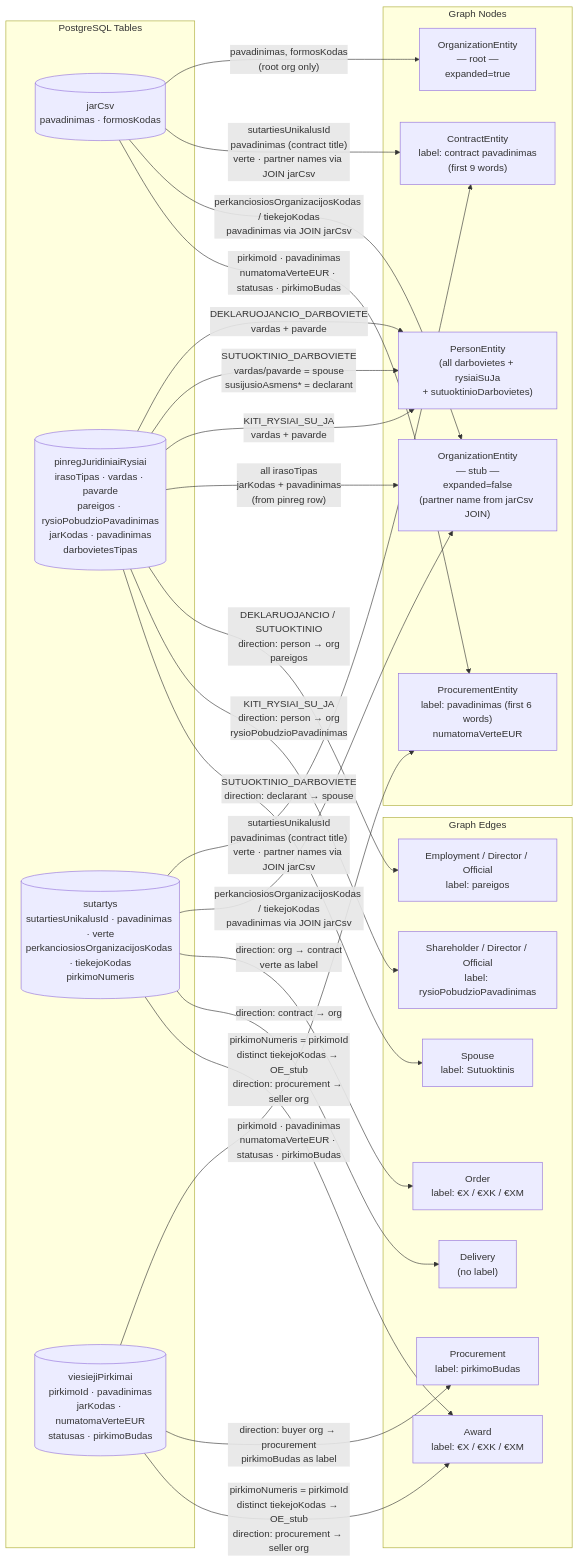
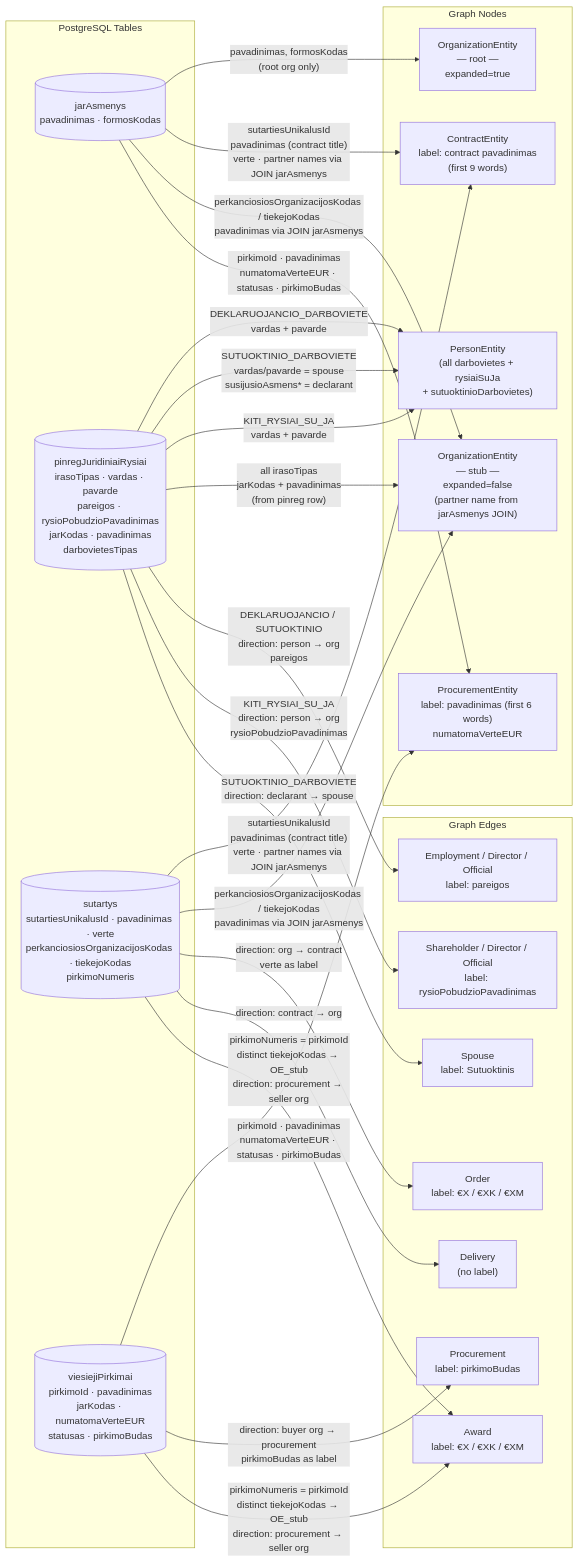
Before and after one commit to Viespirkiu-grupe/viespirkiai: the first of 3 diagrams in docs/rysiai-spec.md, drawn with Mermaid. The commit also changed other lines of this file and 28 other files, not shown here.

Commit message:
JarCsv dekomponavimas, automatizuoti importai iš RC

````diff
--- a/docs/rysiai-spec.md
+++ b/docs/rysiai-spec.md
@@ -144,43 +144,43 @@
 ```mermaid
 flowchart LR
     subgraph DB["PostgreSQL Tables"]
-        JC[("jarCsv\npavadinimas · formosKodas")]
+        JC[("jarAsmenys\npavadinimas · formosKodas")]
         PR[("pinregJuridiniaiRysiai\nirasoTipas · vardas · pavarde\npareigos · rysioPobudzioPavadinimas\njarKodas · pavadinimas\ndarbovietesTipas")]
         ST[("sutartys\nsutartiesUnikalusId · pavadinimas · verte\nperkanciosiosOrganizacijosKodas · tiekejoKodas\npirkimoNumeris")]
         VP[("viesiejiPirkimai\npirkimoId · pavadinimas\njarKodas · numatomaVerteEUR\nstatusas · pirkimoBudas")]
     end
 
     subgraph GN["Graph Nodes"]
         OE_root["OrganizationEntity\n— root —\nexpanded=true"]
-        OE_stub["OrganizationEntity\n— stub —\nexpanded=false\n(partner name from jarCsv JOIN)"]
+        OE_stub["OrganizationEntity\n— stub —\nexpanded=false\n(partner name from jarAsmenys JOIN)"]
         PE["PersonEntity\n(all darbovietes + rysiaiSuJa\n+ sutuoktinioDarbovietes)"]
         CE["ContractEntity\nlabel: contract pavadinimas\n(first 9 words)"]
         VPE["ProcurementEntity\nlabel: pavadinimas (first 6 words)\nnumatomaVerteEUR"]
     end
 
     subgraph GE["Graph Edges"]
         E1["Employment / Director / Official\nlabel: pareigos"]
         E2["Shareholder / Director / Official\nlabel: rysioPobudzioPavadinimas"]
         E3["Spouse\nlabel: Sutuoktinis"]
         E4["Order\nlabel: €X / €XK / €XM"]
         E5["Delivery\n(no label)"]
         E6["Procurement\nlabel: pirkimoBudas"]
         E7["Award\nlabel: €X / €XK / €XM"]
     end
 
     JC -->|" pavadinimas, formosKodas\n(root org only) "| OE_root
     PR -->|" DEKLARUOJANCIO_DARBOVIETE\nvardas + pavarde "| PE
     PR -->|" SUTUOKTINIO_DARBOVIETE\nvardas/pavarde = spouse\nsusijusioAsmens* = declarant "| PE
     PR -->|" KITI_RYSIAI_SU_JA\nvardas + pavarde "| PE
     PR -->|" all irasoTipas\njarKodas + pavadinimas\n(from pinreg row) "| OE_stub
     PR -->|" DEKLARUOJANCIO / SUTUOKTINIO\ndirection: person → org\npareigos "| E1
     PR -->|" KITI_RYSIAI_SU_JA\ndirection: person → org\nrysioPobudzioPavadinimas "| E2
     PR -->|" SUTUOKTINIO_DARBOVIETE\ndirection: declarant → spouse "| E3
-    ST & JC -->|" sutartiesUnikalusId\npavadinimas (contract title)\nverte · partner names via JOIN jarCsv "| CE
-    ST & JC -->|" perkanciosiosOrganizacijosKodas / tiekejoKodas\npavadinimas via JOIN jarCsv "| OE_stub
+    ST & JC -->|" sutartiesUnikalusId\npavadinimas (contract title)\nverte · partner names via JOIN jarAsmenys "| CE
+    ST & JC -->|" perkanciosiosOrganizacijosKodas / tiekejoKodas\npavadinimas via JOIN jarAsmenys "| OE_stub
     ST -->|" direction: org → contract\nverte as label "| E4
     ST -->|" direction: contract → org "| E5
     VP & JC -->|" pirkimoId · pavadinimas\nnumatomaVerteEUR · statusas · pirkimoBudas "| VPE
     VP -->|" direction: buyer org → procurement\npirkimoBudas as label "| E6
     ST & VP -->|" pirkimoNumeris = pirkimoId\ndistinct tiekejoKodas → OE_stub\ndirection: procurement → seller org "| E7
 ```
````
